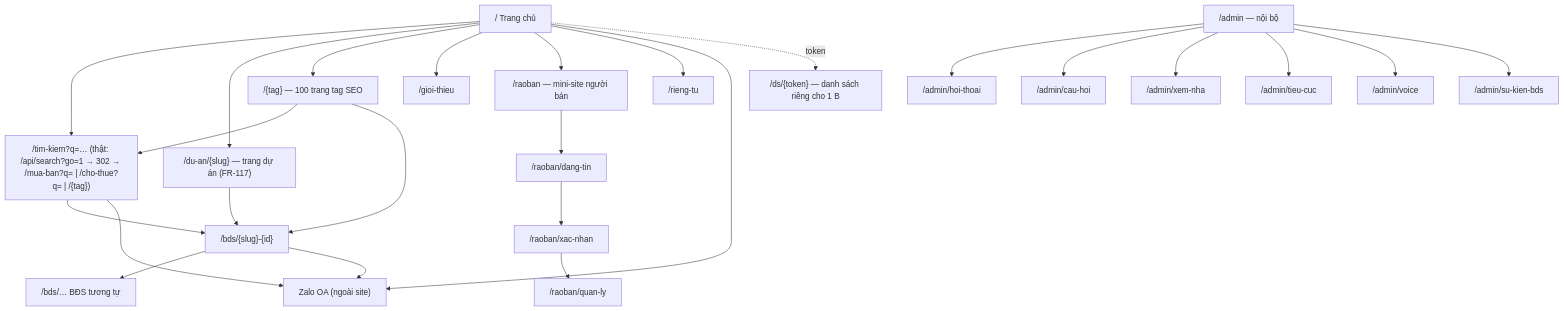
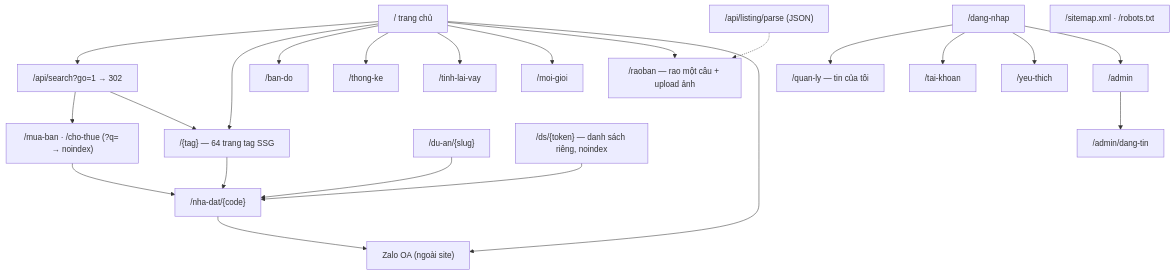
The first of 2 diagrams in docs/04-information-architecture.md (quang507/Nhadat.cc), drawn with Mermaid before and after one commit. The commit also changed other lines of this file and 8 other files, not shown here.

````diff
--- a/docs/04-information-architecture.md
+++ b/docs/04-information-architecture.md
@@ -16,27 +16,24 @@
 ```mermaid
 flowchart TD
-    H["/ Trang chủ"] --> S["/tim-kiem?q=… (thật: /api/search?go=1 → 302 → /mua-ban?q= | /cho-thue?q= | /{tag})"]
-    H --> DA["/du-an/{slug} — trang dự án (FR-117)"]
-    DA --> DT
-    H --> T["/{tag} — 100 trang tag SEO"]
-    H --> AB["/gioi-thieu"]
-    H --> RB["/raoban — mini-site người bán"]
-    H --> PV["/rieng-tu"]
-    S --> DT["/bds/{slug}-{id}"]
-    T --> S
+    H["/ trang chủ"] --> API["/api/search?go=1 → 302"]
+    API --> MB["/mua-ban · /cho-thue (?q= → noindex)"]
+    API --> T["/{tag} — 64 trang tag SSG"]
+    H --> T
+    H --> BD["/ban-do"]
+    H --> TK["/thong-ke"]
+    H --> LV["/tinh-lai-vay"]
+    H --> MG["/moi-gioi"]
+    H --> RB["/raoban — rao một câu + upload ảnh"]
+    MB --> DT["/nha-dat/{code}"]
     T --> DT
-    DT --> DT2["/bds/… BĐS tương tự"]
+    DA["/du-an/{slug}"] --> DT
     DT --> ZL["Zalo OA (ngoài site)"]
-    S --> ZL
     H --> ZL
-    RB --> RB1["/raoban/dang-tin"]
-    RB1 --> RB2["/raoban/xac-nhan"]
-    RB2 --> RB3["/raoban/quan-ly"]
-    H -.token.-> DS["/ds/{token} — danh sách riêng cho 1 B"]
-    ADM["/admin — nội bộ"] --> A1["/admin/hoi-thoai"]
-    ADM --> A2["/admin/cau-hoi"]
-    ADM --> A3["/admin/xem-nha"]
-    ADM --> A4["/admin/tieu-cuc"]
-    ADM --> A5["/admin/voice"]
-    ADM --> A6["/admin/su-kien-bds"]
+    DS["/ds/{token} — danh sách riêng, noindex"] --> DT
+    DN["/dang-nhap"] --> QL["/quan-ly — tin của tôi"]
+    DN --> TKH["/tai-khoan"]
+    DN --> YT["/yeu-thich"]
+    DN --> AD["/admin"] --> ADT["/admin/dang-tin"]
+    PARSE["/api/listing/parse (JSON)"] -.-> RB
+    SM["/sitemap.xml · /robots.txt"]
 ```
````
